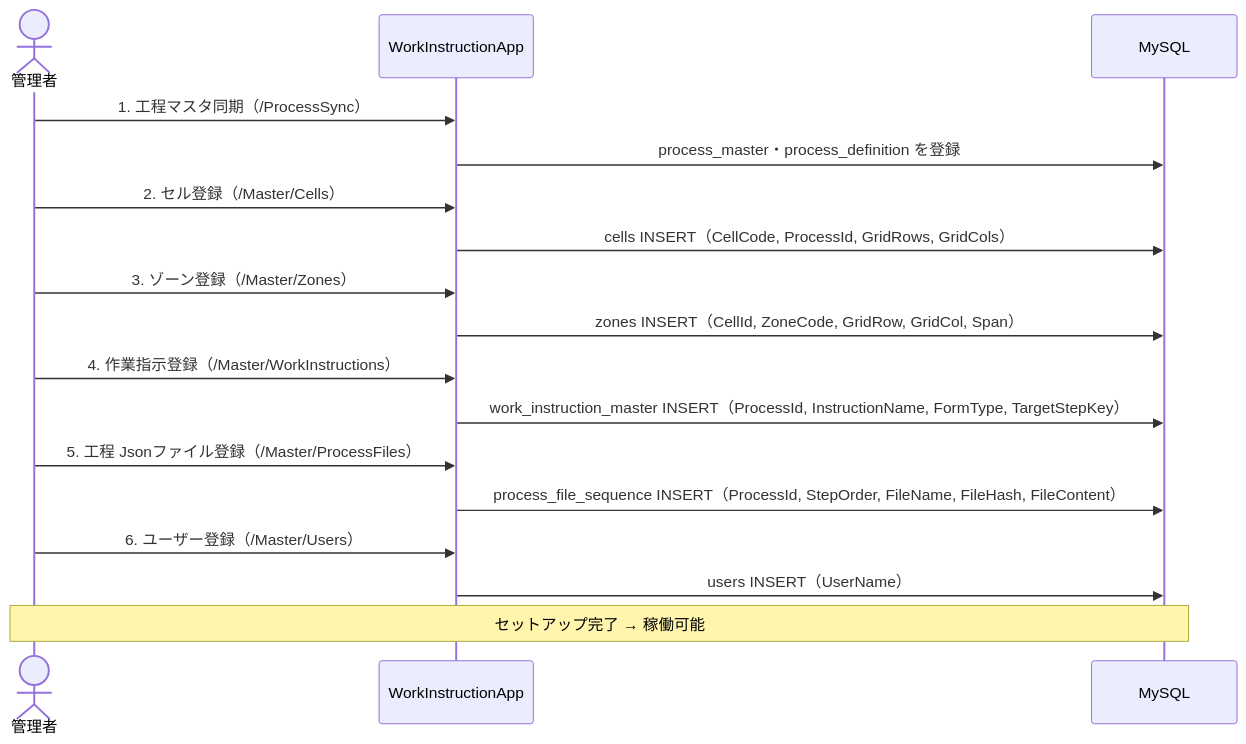
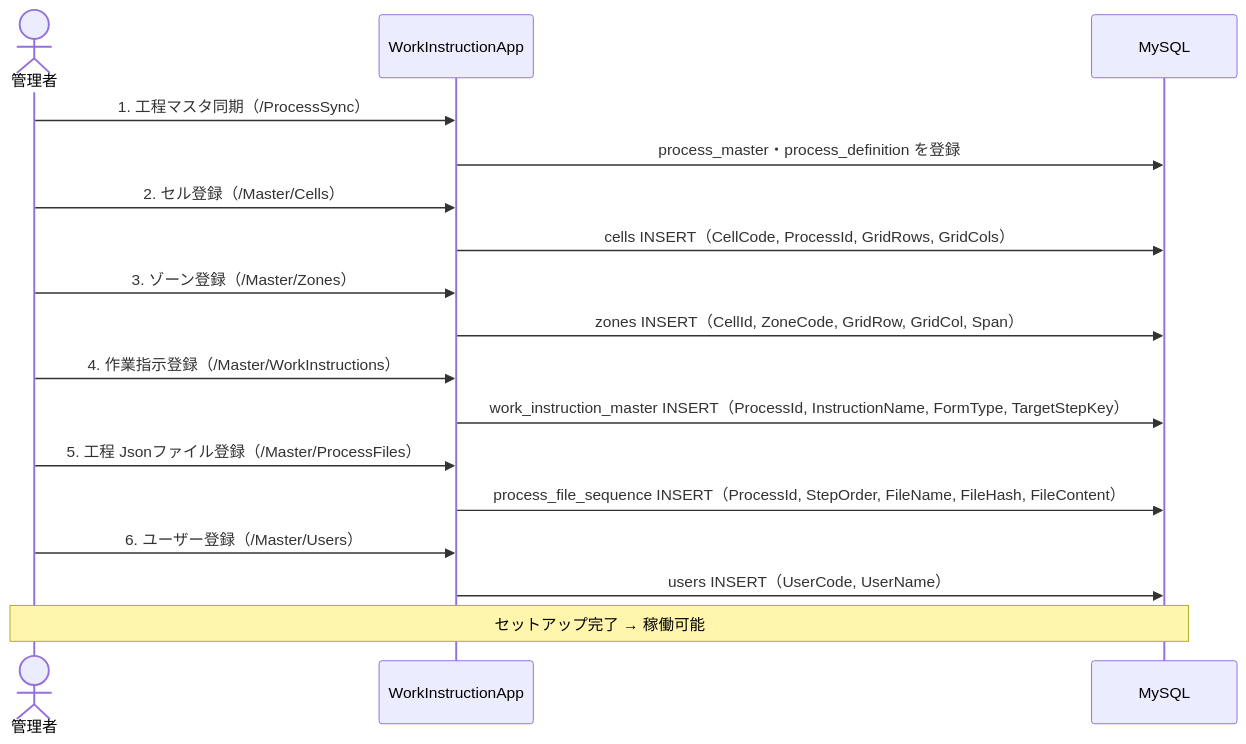
Before and after one commit to namagi14-lab/spica-warranty-design: the eighth of 9 diagrams in docs/07_system_design.md, drawn with Mermaid. The commit also changed other lines of this file and 4 other files, not shown here.

````diff
--- a/docs/07_system_design.md
+++ b/docs/07_system_design.md
@@ -325,26 +337,26 @@
 ```mermaid
 sequenceDiagram
     actor Admin as 管理者
     participant App as WorkInstructionApp
     participant DB as MySQL
 
     Admin->>App: 1. 工程マスタ同期（/ProcessSync）
     App->>DB: process_master・process_definition を登録
 
     Admin->>App: 2. セル登録（/Master/Cells）
     App->>DB: cells INSERT（CellCode, ProcessId, GridRows, GridCols）
 
     Admin->>App: 3. ゾーン登録（/Master/Zones）
     App->>DB: zones INSERT（CellId, ZoneCode, GridRow, GridCol, Span）
 
     Admin->>App: 4. 作業指示登録（/Master/WorkInstructions）
     App->>DB: work_instruction_master INSERT（ProcessId, InstructionName, FormType, TargetStepKey）
 
     Admin->>App: 5. 工程 Jsonファイル登録（/Master/ProcessFiles）
     App->>DB: process_file_sequence INSERT（ProcessId, StepOrder, FileName, FileHash, FileContent）
 
     Admin->>App: 6. ユーザー登録（/Master/Users）
-    App->>DB: users INSERT（UserName）
+    App->>DB: users INSERT（UserCode, UserName）
 
     Note over Admin,DB: セットアップ完了 → 稼働可能
 ```
````
